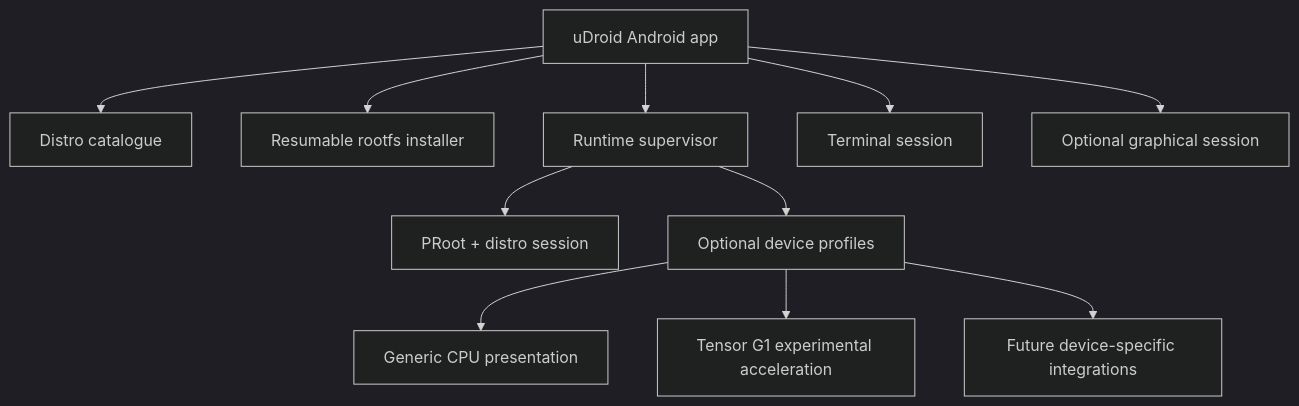
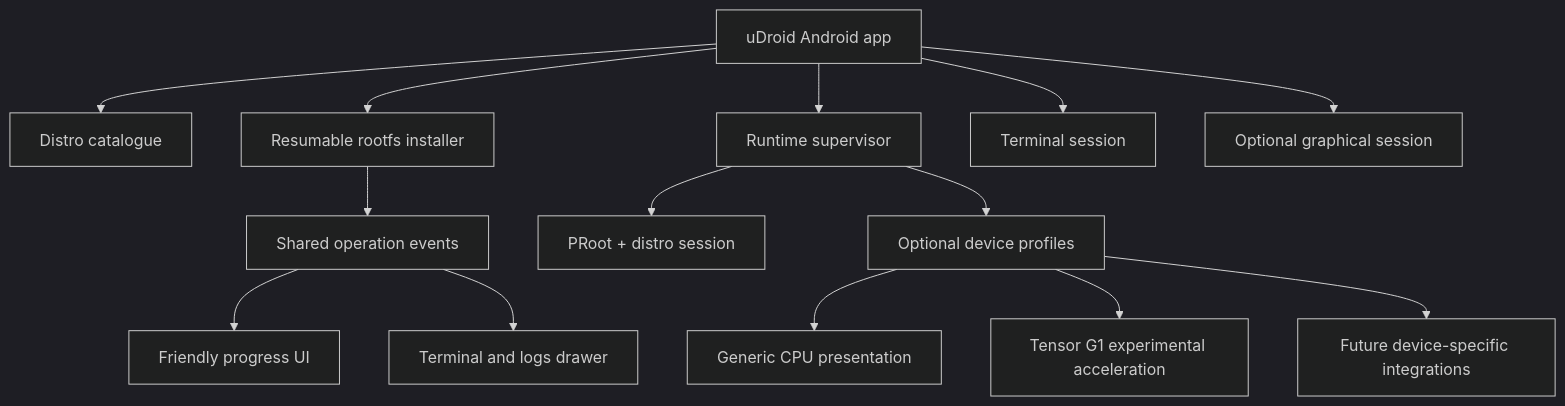
Before and after one commit to RandomCoderOrg/udroid-app: the diagram in docs/PRODUCT_SCOPE.md, drawn with Mermaid (dark theme). The commit also changed other lines of this file and 11 other files, not shown here.

````diff
--- a/docs/PRODUCT_SCOPE.md
+++ b/docs/PRODUCT_SCOPE.md
@@ -20,13 +34,16 @@
 ```mermaid
 flowchart TB
     App["uDroid Android app"] --> Catalog["Distro catalogue"]
     App --> Installer["Resumable rootfs installer"]
     App --> Supervisor["Runtime supervisor"]
     Supervisor --> Proot["PRoot + distro session"]
     App --> Shell["Terminal session"]
     App --> X11["Optional graphical session"]
+    Installer --> Events["Shared operation events"]
+    Events --> Friendly["Friendly progress UI"]
+    Events --> Terminal["Terminal and logs drawer"]
     Supervisor --> Profiles["Optional device profiles"]
     Profiles --> Generic["Generic CPU presentation"]
     Profiles --> Tensor["Tensor G1 experimental acceleration"]
     Profiles --> Future["Future device-specific integrations"]
 ```
````
